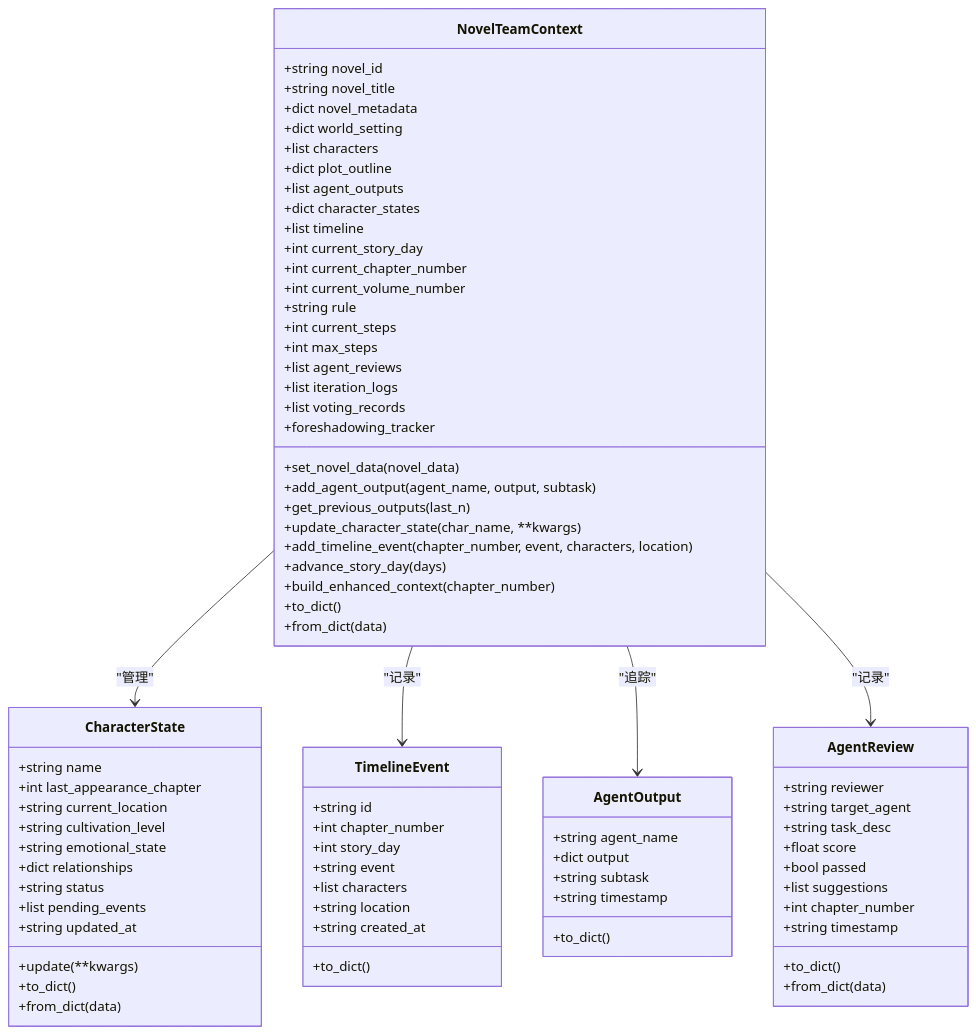
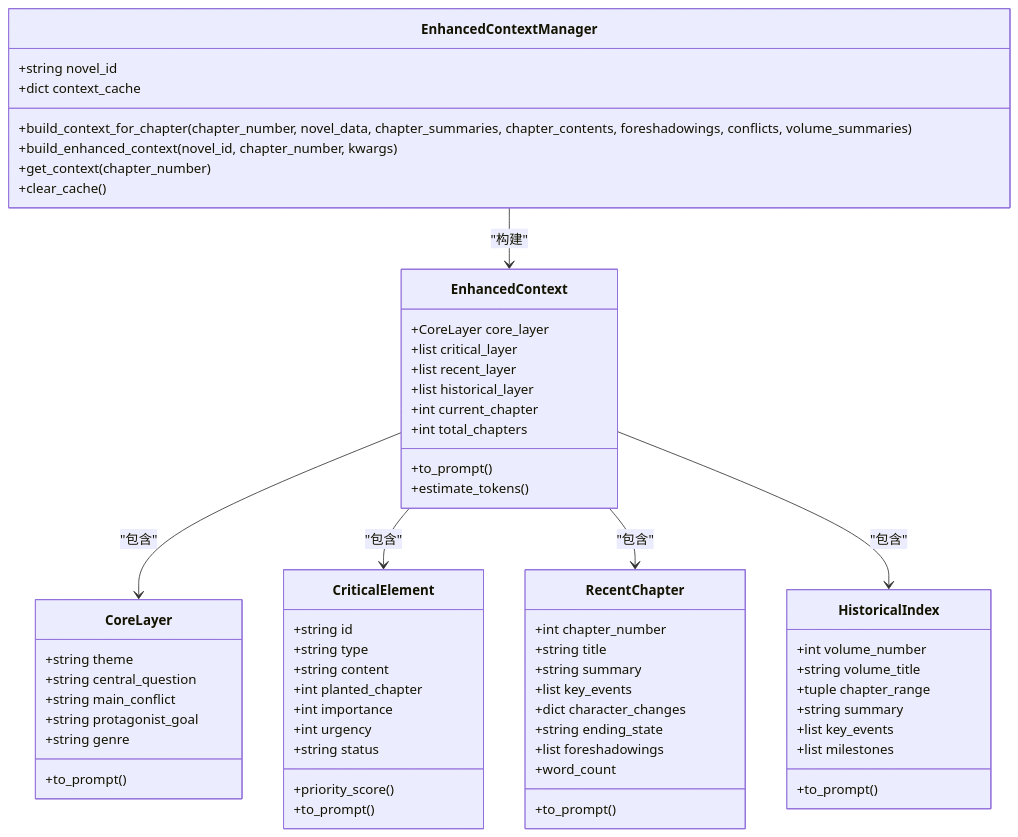
The second of 10 diagrams in .qoder/repowiki/zh/content/AI智能体系统/上下文压缩系统.md (xfbyxq/ai-novel-system), drawn with Mermaid before and after one commit. The commit also changed other lines of this file and 84 other files, not shown here.

````diff
--- a/.qoder/repowiki/zh/content/AI智能体系统/上下文压缩系统.md
+++ b/.qoder/repowiki/zh/content/AI智能体系统/上下文压缩系统.md
@@ -84,80 +105,65 @@
 ```mermaid
 classDiagram
-class NovelTeamContext {
+class EnhancedContextManager {
 +string novel_id
-+string novel_title
-+dict novel_metadata
-+dict world_setting
-+list characters
-+dict plot_outline
-+list agent_outputs
-+dict character_states
-+list timeline
-+int current_story_day
-+int current_chapter_number
-+int current_volume_number
-+string rule
-+int current_steps
-+int max_steps
-+list agent_reviews
-+list iteration_logs
-+list voting_records
-+foreshadowing_tracker
-+set_novel_data(novel_data)
-+add_agent_output(agent_name, output, subtask)
-+get_previous_outputs(last_n)
-+update_character_state(char_name, **kwargs)
-+add_timeline_event(chapter_number, event, characters, location)
-+advance_story_day(days)
-+build_enhanced_context(chapter_number)
-+to_dict()
-+from_dict(data)
++dict context_cache
++build_context_for_chapter(chapter_number, novel_data, chapter_summaries, chapter_contents, foreshadowings, conflicts, volume_summaries)
++build_enhanced_context(novel_id, chapter_number, kwargs)
++get_context(chapter_number)
++clear_cache()
 }
-class CharacterState {
-+string name
-+int last_appearance_chapter
-+string current_location
-+string cultivation_level
-+string emotional_state
-+dict relationships
+class EnhancedContext {
++CoreLayer core_layer
++list critical_layer
++list recent_layer
++list historical_layer
++int current_chapter
++int total_chapters
++to_prompt()
++estimate_tokens()
+}
+class CoreLayer {
++string theme
++string central_question
++string main_conflict
++string protagonist_goal
++string genre
++to_prompt()
+}
+class CriticalElement {
++string id
++string type
++string content
++int planted_chapter
++int importance
++int urgency
 +string status
-+list pending_events
-+string updated_at
-+update(**kwargs)
-+to_dict()
-+from_dict(data)
++priority_score()
++to_prompt()
 }
-class TimelineEvent {
-+string id
+class RecentChapter {
 +int chapter_number
-+int story_day
-+string event
-+list characters
-+string location
-+string created_at
-+to_dict()
++string title
++string summary
++list key_events
++dict character_changes
++string ending_state
++list foreshadowings
++word_count
++to_prompt()
 }
-class AgentOutput {
-+string agent_name
-+dict output
-+string subtask
-+string timestamp
-+to_dict()
+class HistoricalIndex {
++int volume_number
++string volume_title
++tuple chapter_range
++string summary
++list key_events
++list milestones
++to_prompt()
 }
-class AgentReview {
-+string reviewer
-+string target_agent
-+string task_desc
-+float score
-+bool passed
-+list suggestions
-+int chapter_number
-+string timestamp
-+to_dict()
-+from_dict(data)
-}
-NovelTeamContext --> CharacterState : "管理"
-NovelTeamContext --> TimelineEvent : "记录"
-NovelTeamContext --> AgentOutput : "追踪"
-NovelTeamContext --> AgentReview : "记录"
+EnhancedContextManager --> EnhancedContext : "构建"
+EnhancedContext --> CoreLayer : "包含"
+EnhancedContext --> CriticalElement : "包含"
+EnhancedContext --> RecentChapter : "包含"
+EnhancedContext --> HistoricalIndex : "包含"
 ```
````
